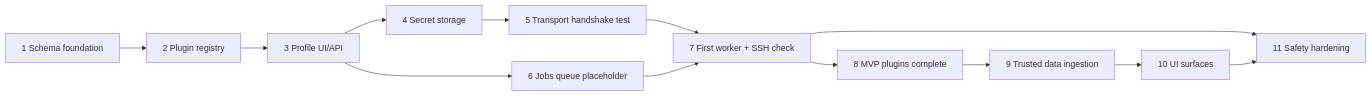
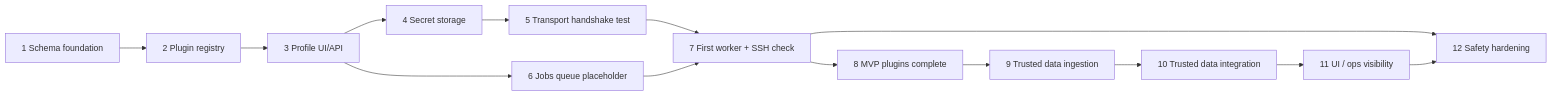
Before and after one commit to veddegre/surveytrace: the first of 2 diagrams in docs/CREDENTIALED_CHECKS_MVP_PLAN.md, drawn with Mermaid. The commit also changed other lines of this file and 10 other files, not shown here.

````diff
--- a/docs/CREDENTIALED_CHECKS_MVP_PLAN.md
+++ b/docs/CREDENTIALED_CHECKS_MVP_PLAN.md
@@ -18,26 +18,28 @@
 ```mermaid
 flowchart LR
   S1[1 Schema foundation]
   S2[2 Plugin registry]
   S3[3 Profile UI/API]
   S4[4 Secret storage]
   S5[5 Transport handshake test]
   S6[6 Jobs queue placeholder]
   S7[7 First worker + SSH check]
   S8[8 MVP plugins complete]
   S9[9 Trusted data ingestion]
-  S10[10 UI surfaces]
-  S11[11 Safety hardening]
+  S10[10 Trusted data integration]
+  S11[11 UI / ops visibility]
+  S12[12 Safety hardening]
   S1 --> S2
   S2 --> S3
   S3 --> S4
   S3 --> S6
   S4 --> S5
   S5 --> S7
   S6 --> S7
   S7 --> S8
   S8 --> S9
   S9 --> S10
-  S7 --> S11
   S10 --> S11
+  S7 --> S12
+  S11 --> S12
 ```
````
